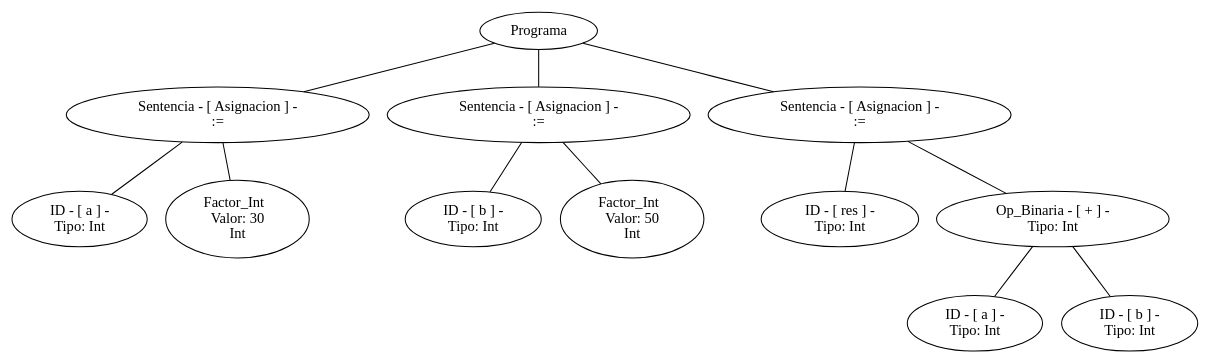
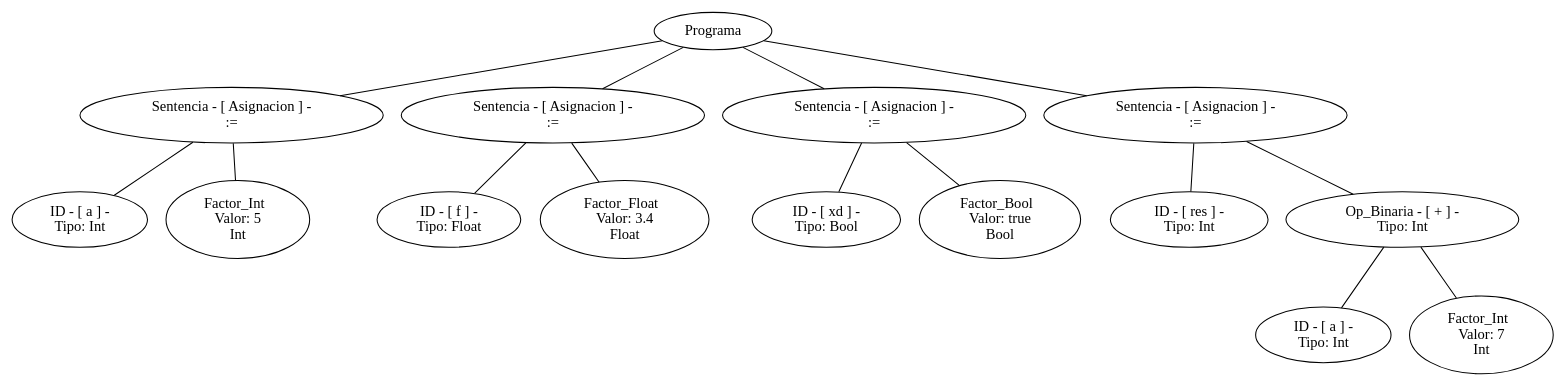
The diagram in arbol.dot (SantiPerez17/Compiladores), drawn with Graphviz before and after one commit. The commit also changed 39 other files, not shown here.

```diff
--- a/arbol.dot
+++ b/arbol.dot
@@ -1,37 +1,48 @@
 graph G {nodo_programa[label="Programa"]
-nodo_1081524910[label="Sentencia - [ Asignacion ] -
+nodo_1762537970[label="Sentencia - [ Asignacion ] -
  :="]
-nodo_programa--nodo_1081524910
-nodo_166321181[label=" ID - [ a ] - 
+nodo_programa--nodo_1762537970
+nodo_137806552[label=" ID - [ a ] - 
  Tipo: Int"]
-nodo_1081524910--nodo_166321181
-nodo_605227633[label="Factor_Int  
- Valor: 30 
+nodo_1762537970--nodo_137806552
+nodo_2126643241[label="Factor_Int  
+ Valor: 5 
 Int"]
-nodo_1081524910--nodo_605227633
-nodo_1777485983[label="Sentencia - [ Asignacion ] -
+nodo_1762537970--nodo_2126643241
+nodo_198957917[label="Sentencia - [ Asignacion ] -
  :="]
-nodo_programa--nodo_1777485983
-nodo_980908631[label=" ID - [ b ] - 
+nodo_programa--nodo_198957917
+nodo_1565521273[label=" ID - [ f ] - 
+ Tipo: Float"]
+nodo_198957917--nodo_1565521273
+nodo_1508892839[label="Factor_Float  
+ Valor: 3.4 
+Float"]
+nodo_198957917--nodo_1508892839
+nodo_1537429624[label="Sentencia - [ Asignacion ] -
+ :="]
+nodo_programa--nodo_1537429624
+nodo_1936867741[label=" ID - [ xd ] - 
+ Tipo: Bool"]
+nodo_1537429624--nodo_1936867741
+nodo_2112847290[label="Factor_Bool  
+ Valor: true 
+Bool"]
+nodo_1537429624--nodo_2112847290
+nodo_724612209[label="Sentencia - [ Asignacion ] -
+ :="]
+nodo_programa--nodo_724612209
+nodo_837660199[label=" ID - [ res ] - 
  Tipo: Int"]
-nodo_1777485983--nodo_980908631
-nodo_1897297675[label="Factor_Int  
- Valor: 50 
+nodo_724612209--nodo_837660199
+nodo_507077293[label=" Op_Binaria - [ + ] - 
+ Tipo: Int"]
+nodo_724612209--nodo_507077293
+nodo_251095394[label=" ID - [ a ] - 
+ Tipo: Int"]
+nodo_507077293--nodo_251095394
+nodo_1507618178[label="Factor_Int  
+ Valor: 7 
 Int"]
-nodo_1777485983--nodo_1897297675
-nodo_1059540439[label="Sentencia - [ Asignacion ] -
- :="]
-nodo_programa--nodo_1059540439
-nodo_1776336855[label=" ID - [ res ] - 
- Tipo: Int"]
-nodo_1059540439--nodo_1776336855
-nodo_1377751868[label=" Op_Binaria - [ + ] - 
- Tipo: Int"]
-nodo_1059540439--nodo_1377751868
-nodo_859768763[label=" ID - [ a ] - 
- Tipo: Int"]
-nodo_1377751868--nodo_859768763
-nodo_1901302008[label=" ID - [ b ] - 
- Tipo: Int"]
-nodo_1377751868--nodo_1901302008
+nodo_507077293--nodo_1507618178
 }
```
